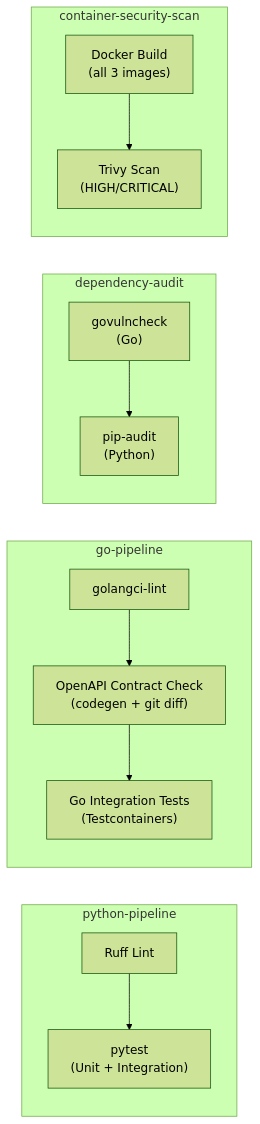
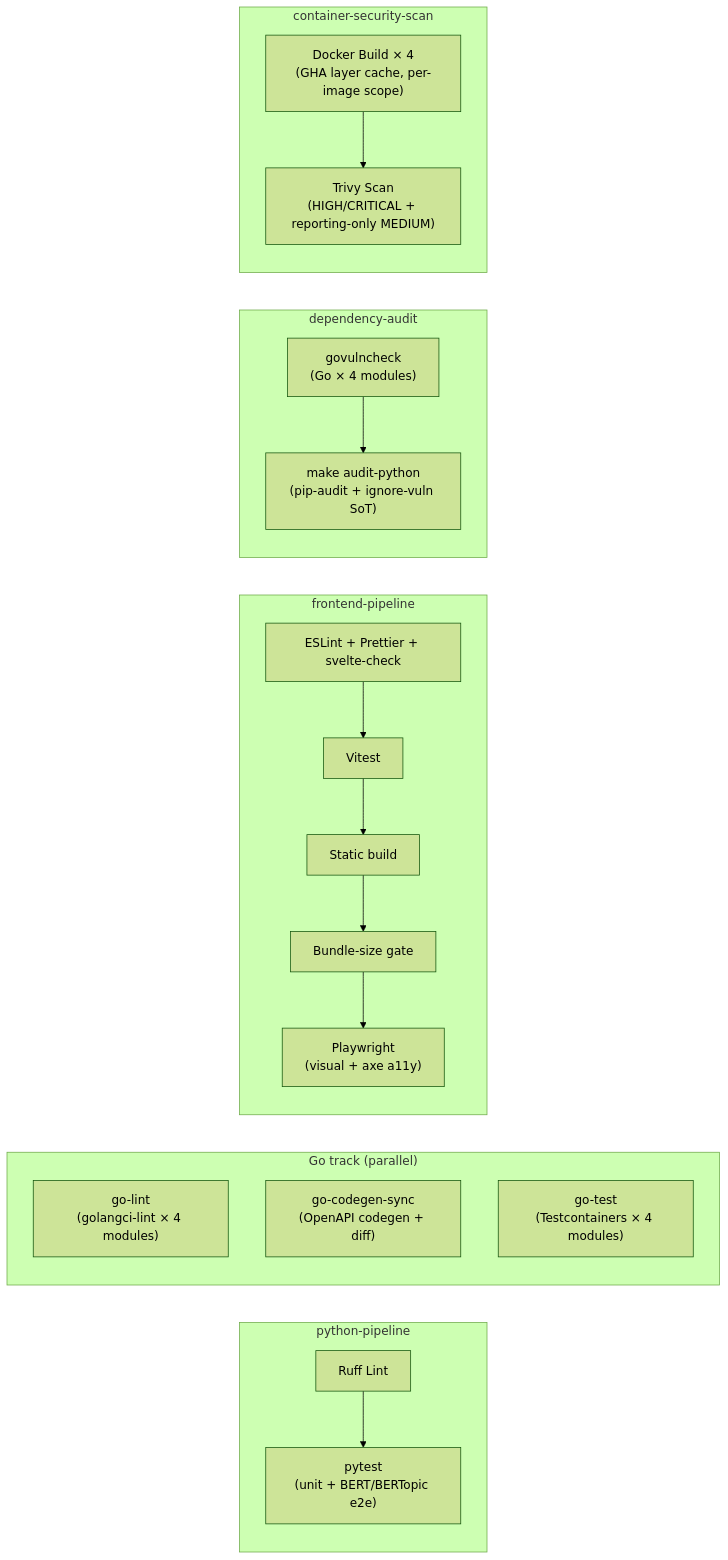
One commit to frogfromlake/aer changed the second of 2 diagrams in docs/arc42/08_concepts.md. Above: the diagram before and after it, drawn with Mermaid (forest theme). The commit also changed other lines of this file and 10 other files, not shown here.

````diff
--- a/docs/arc42/08_concepts.md
+++ b/docs/arc42/08_concepts.md
@@ -127,19 +127,27 @@
 ```mermaid
 graph LR
     subgraph "python-pipeline"
-        PL["Ruff Lint"] --> PT["pytest<br/>(Unit + Integration)"]
+        PL["Ruff Lint"] --> PT["pytest<br/>(unit + BERT/BERTopic e2e)"]
     end
 
-    subgraph "go-pipeline"
-        GL["golangci-lint"] --> GC["OpenAPI Contract Check<br/>(codegen + git diff)"]
-        GC --> GT["Go Integration Tests<br/>(Testcontainers)"]
+    subgraph "Go track (parallel)"
+        GL["go-lint<br/>(golangci-lint × 4 modules)"]
+        GCS["go-codegen-sync<br/>(OpenAPI codegen + diff)"]
+        GT["go-test<br/>(Testcontainers × 4 modules)"]
+    end
+
+    subgraph "frontend-pipeline"
+        FL["ESLint + Prettier + svelte-check"] --> FU["Vitest"]
+        FU --> FB["Static build"]
+        FB --> FBS["Bundle-size gate"]
+        FBS --> FE["Playwright<br/>(visual + axe a11y)"]
     end
 
     subgraph "dependency-audit"
-        GV["govulncheck<br/>(Go)"] --> PA["pip-audit<br/>(Python)"]
+        GV["govulncheck<br/>(Go × 4 modules)"] --> PA["make audit-python<br/>(pip-audit + ignore-vuln SoT)"]
     end
 
     subgraph "container-security-scan"
-        DB["Docker Build<br/>(all 3 images)"] --> TR["Trivy Scan<br/>(HIGH/CRITICAL)"]
+        DB["Docker Build × 4<br/>(GHA layer cache, per-image scope)"] --> TR["Trivy Scan<br/>(HIGH/CRITICAL + reporting-only MEDIUM)"]
     end
 ```
````
